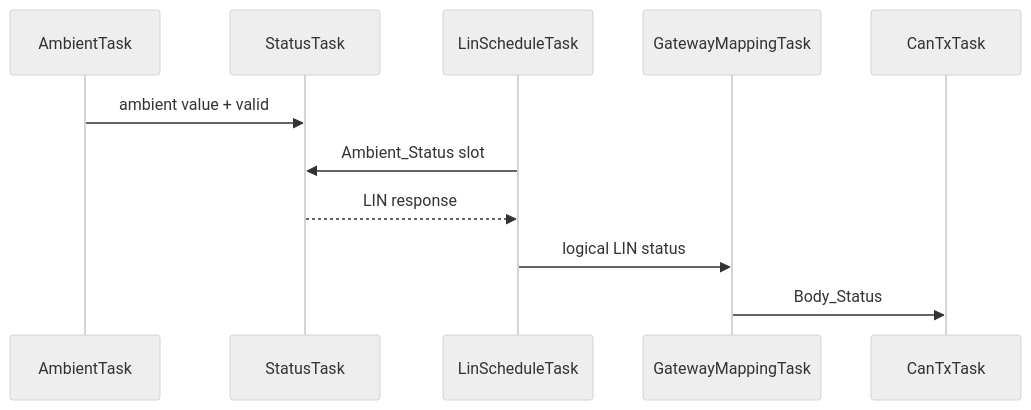
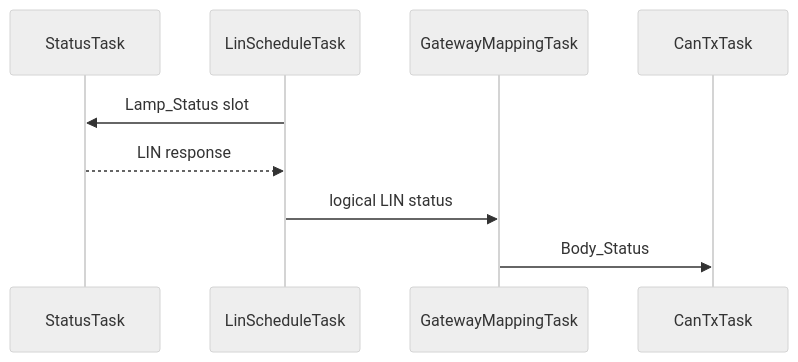
One commit to sunmaan22/SDV_MCU_Project changed the third of 4 diagrams in docs/ecus/Lighting_LIN_CAN/ARCHITECTURE.md. Above: the diagram before and after it, drawn with Mermaid (neutral theme). The commit also changed other lines of this file and 28 other files, not shown here.

````diff
--- a/docs/ecus/Lighting_LIN_CAN/ARCHITECTURE.md
+++ b/docs/ecus/Lighting_LIN_CAN/ARCHITECTURE.md
@@ -259,13 +257,11 @@
 ```mermaid
 sequenceDiagram
-    participant AMB as AmbientTask
     participant SL as StatusTask
     participant LIN as LinScheduleTask
     participant MAP as GatewayMappingTask
     participant CAN as CanTxTask
-    AMB->>SL: ambient value + valid
-    LIN->>SL: Ambient_Status slot
+    LIN->>SL: Lamp_Status slot
     SL-->>LIN: LIN response
     LIN->>MAP: logical LIN status
     MAP->>CAN: Body_Status
 ```
````
